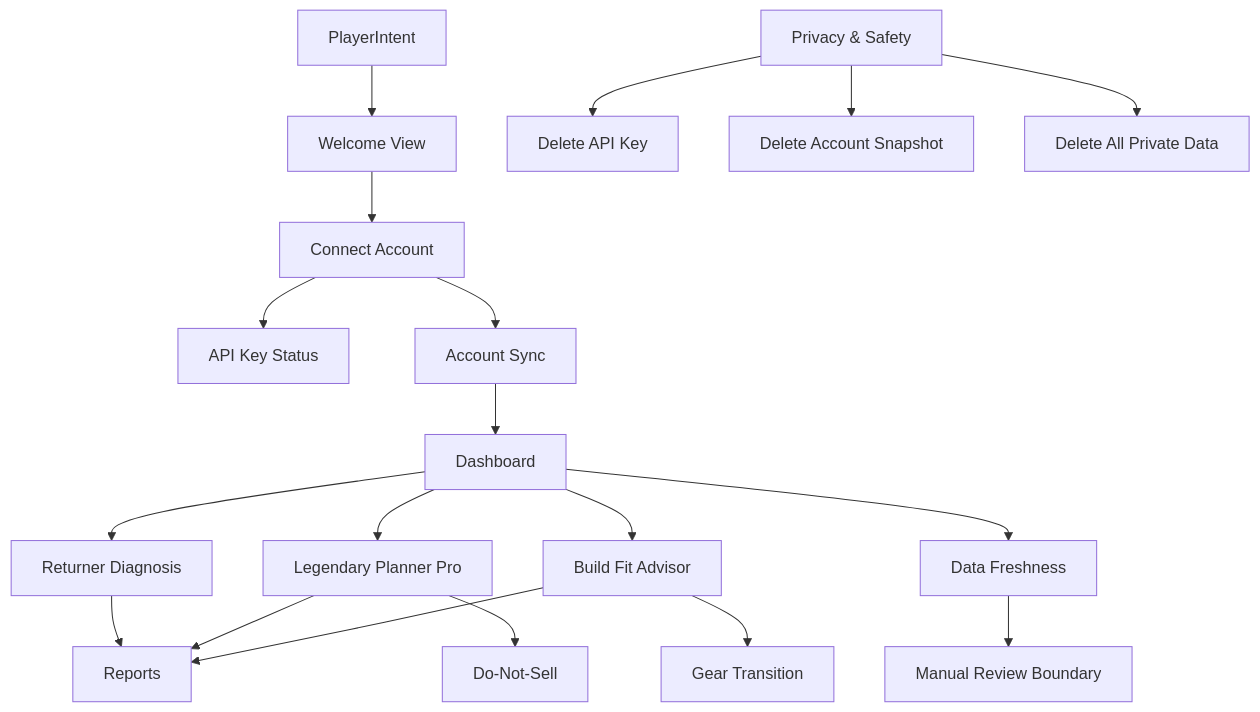
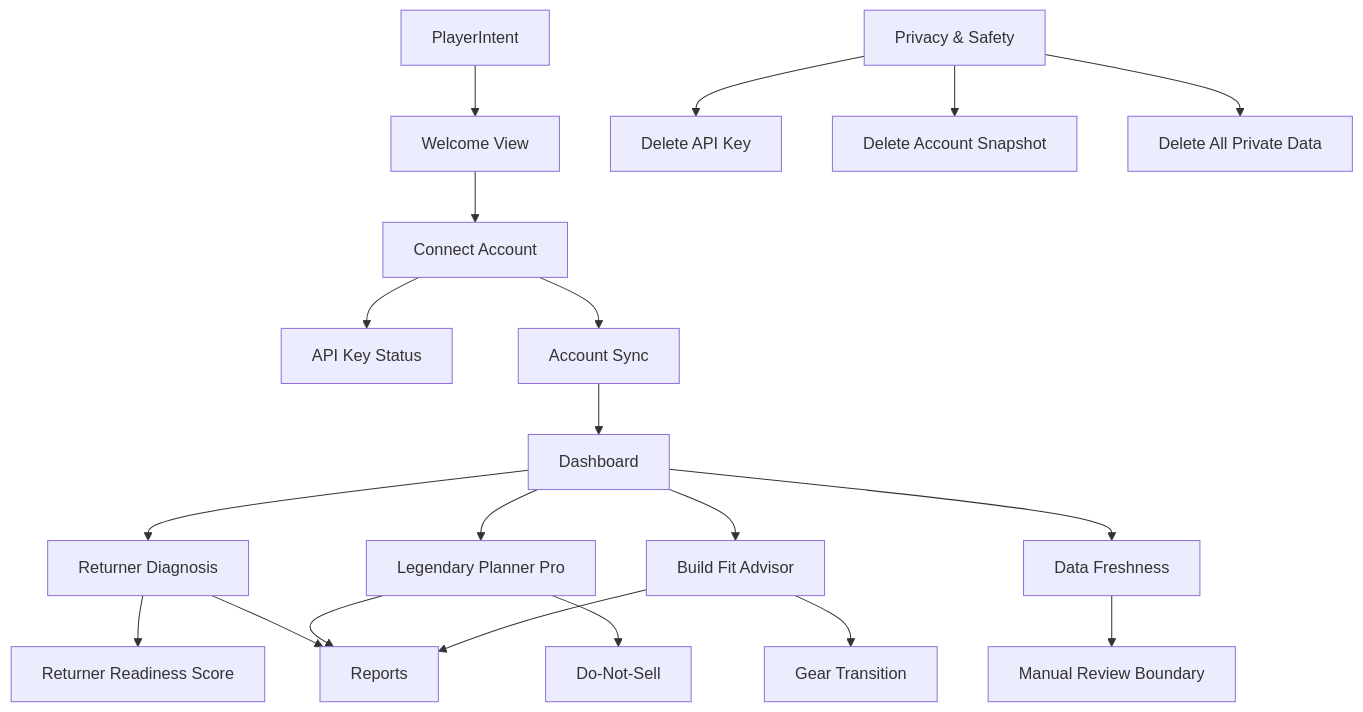
One commit to johnslee1207-commits/gw2radar changed the diagram in docs/ui/PLAYER_UI_SEMANTIC_GRAPH_AUDIT.md. Above: the diagram before and after it, drawn with Mermaid. The commit also changed other lines of this file and 9 other files, not shown here.

Commit message:
Add returner readiness scoring

````diff
--- a/docs/ui/PLAYER_UI_SEMANTIC_GRAPH_AUDIT.md
+++ b/docs/ui/PLAYER_UI_SEMANTIC_GRAPH_AUDIT.md
@@ -9,21 +9,22 @@
 ```mermaid
 graph TD
   PlayerIntent["PlayerIntent"] --> Welcome["Welcome View"]
   Welcome --> Connect["Connect Account"]
   Connect --> AccountKey["API Key Status"]
   Connect --> AccountSync["Account Sync"]
   AccountSync --> Dashboard["Dashboard"]
   Dashboard --> Returner["Returner Diagnosis"]
+  Returner --> ReturnerReadiness["Returner Readiness Score"]
   Dashboard --> Legendary["Legendary Planner Pro"]
   Dashboard --> BuildFit["Build Fit Advisor"]
   Dashboard --> Freshness["Data Freshness"]
   Returner --> ReportCenter["Reports"]
   Legendary --> ReportCenter
   BuildFit --> ReportCenter
   Legendary --> DoNotSell["Do-Not-Sell"]
   BuildFit --> GearTransition["Gear Transition"]
   Freshness --> SafetyBoundary["Manual Review Boundary"]
   Privacy["Privacy & Safety"] --> DeleteKey["Delete API Key"]
   Privacy --> DeleteSnapshot["Delete Account Snapshot"]
   Privacy --> DeleteAllPrivate["Delete All Private Data"]
 ```
````
